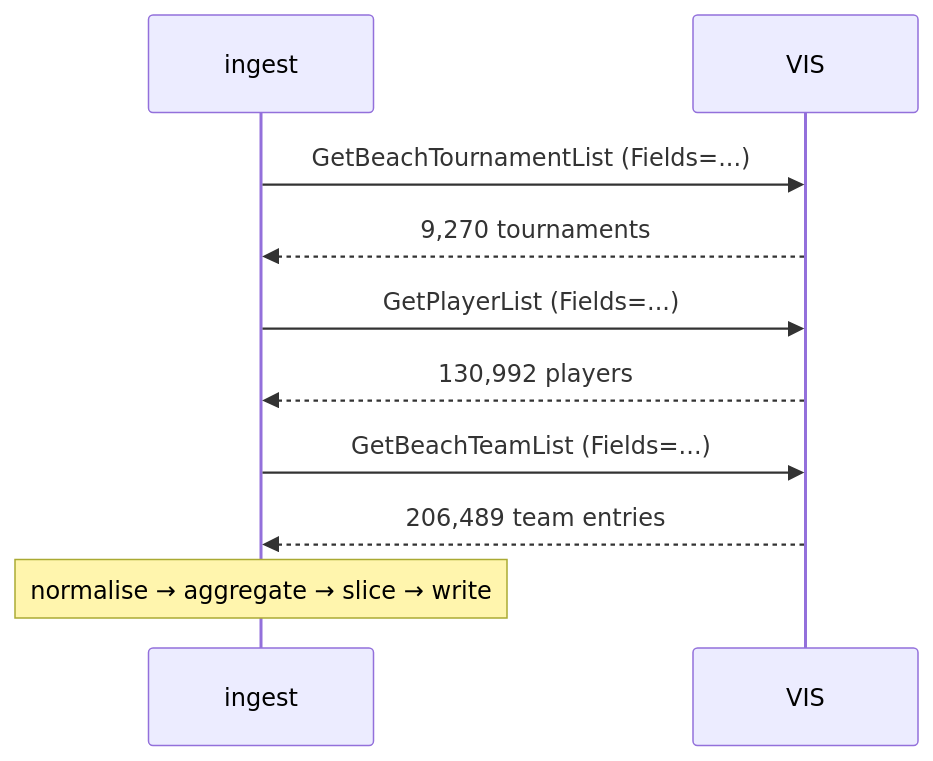
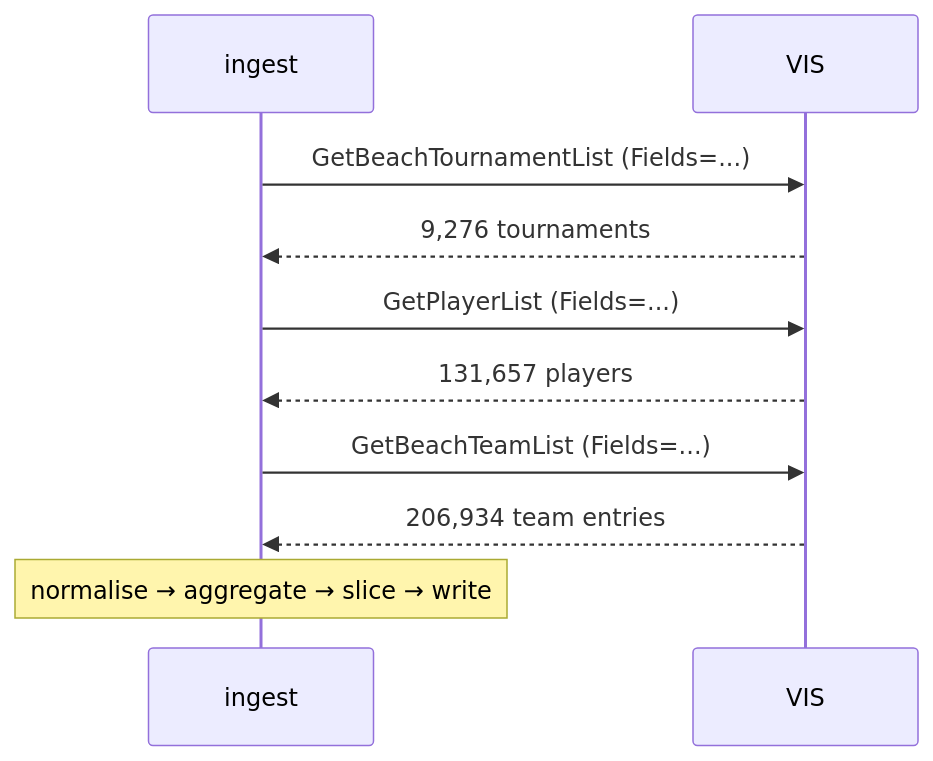
Before and after one commit to eduardopicado/beachvolleyballgraph: the second of 4 diagrams in docs/architecture.md, drawn with Mermaid. The commit also changed other lines of this file and 6 other files, not shown here.

First line of the commit message:
Date the figures in architecture.md, and finish the interval sweep

````diff
--- a/docs/architecture.md
+++ b/docs/architecture.md
@@ -89,12 +94,12 @@
 ```mermaid
 sequenceDiagram
   participant I as ingest
   participant V as VIS
   I->>V: GetBeachTournamentList (Fields=...)
-  V-->>I: 9,270 tournaments
+  V-->>I: 9,276 tournaments
   I->>V: GetPlayerList (Fields=...)
-  V-->>I: 130,992 players
+  V-->>I: 131,657 players
   I->>V: GetBeachTeamList (Fields=...)
-  V-->>I: 206,489 team entries
+  V-->>I: 206,934 team entries
   Note over I: normalise → aggregate → slice → write
 ```
````
